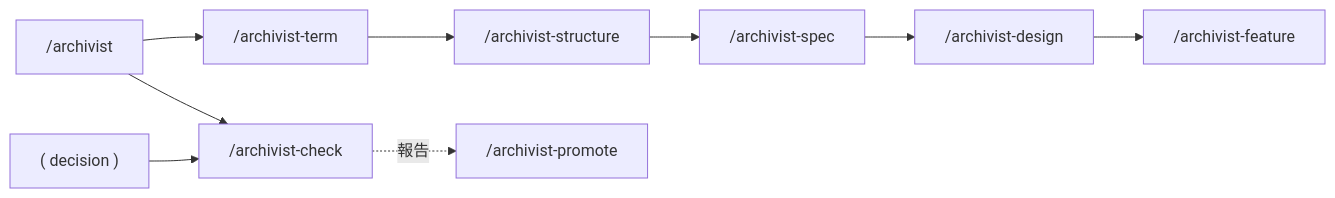
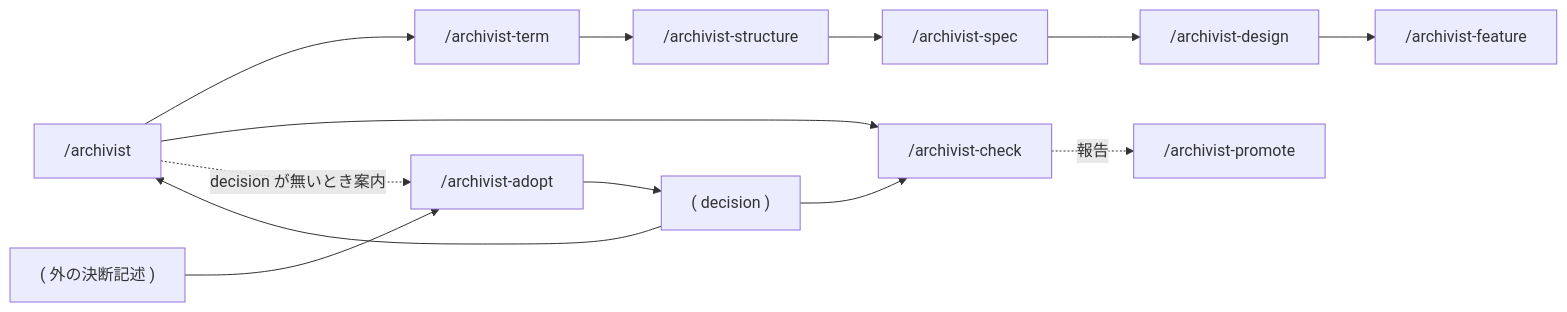
The first of 2 diagrams in docs/archivist/L3_structures/skill-composition.md (gameundwatch/archivist), drawn with Mermaid before and after one commit. The commit also changed other lines of this file and 7 other files, not shown here.

````diff
--- a/docs/archivist/L3_structures/skill-composition.md
+++ b/docs/archivist/L3_structures/skill-composition.md
@@ -9,8 +9,11 @@
 ```mermaid
 flowchart LR
     A["/archivist"]
     A --> T["/archivist-term"] --> S["/archivist-structure"] --> SP["/archivist-spec"]
     SP --> D["/archivist-design"] --> F["/archivist-feature"]
     A --> C["/archivist-check"] -.報告.-> P["/archivist-promote"]
     DEC["( decision )"] --> C
+    EXT["( 外の決断記述 )"] --> AD["/archivist-adopt"] --> DEC
+    DEC --> A
+    A -.decision が無いとき案内.-> AD
 ```
````
